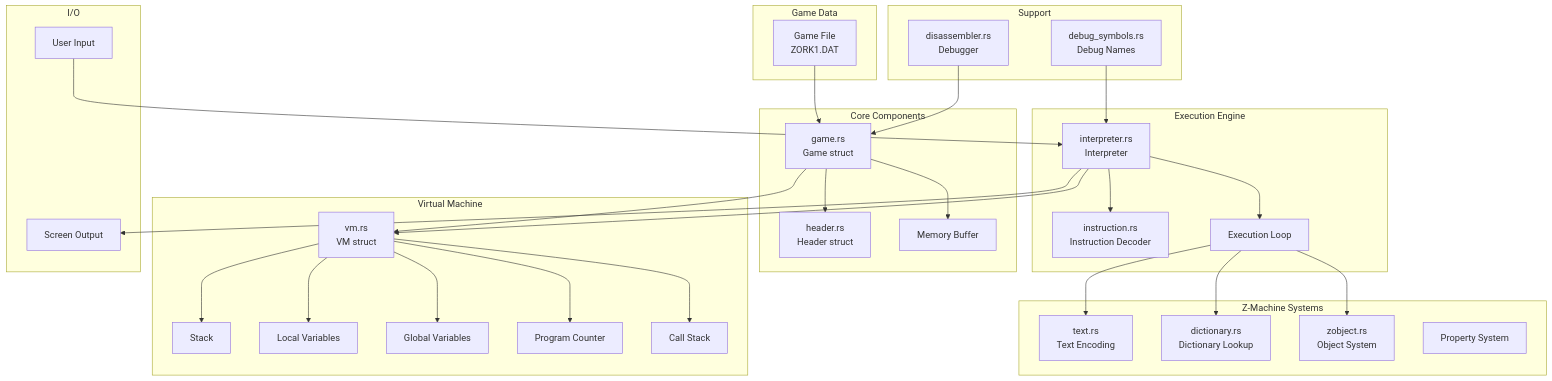
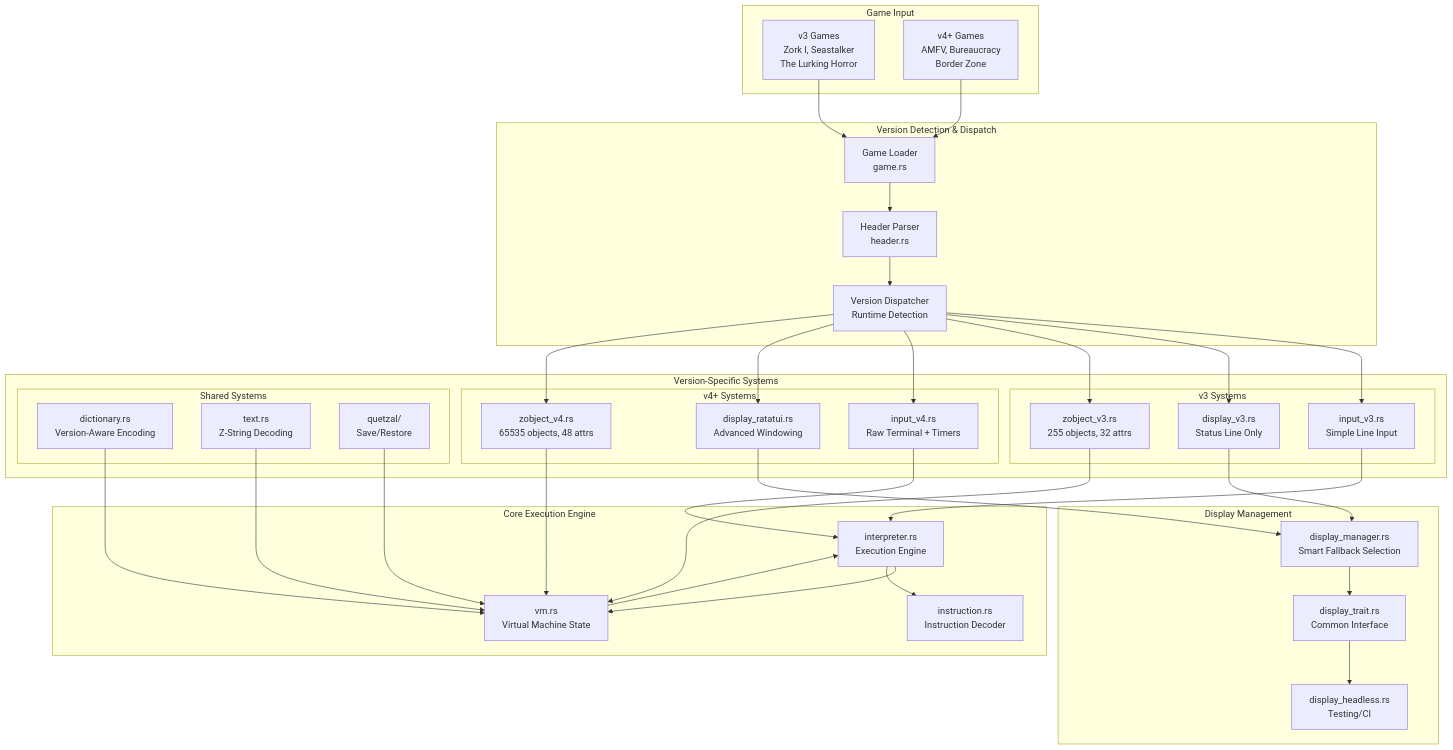
The first of 6 diagrams in docs/ARCHITECTURE.md (skeptomai/gruesome), drawn with Mermaid before and after one commit. The commit also changed other lines of this file, not shown here.

First line of the commit message:
docs: Complete architecture documentation with entity relationships

````diff
--- a/docs/ARCHITECTURE.md
+++ b/docs/ARCHITECTURE.md
@@ -9,69 +9,76 @@
 ```mermaid
 graph TB
-    subgraph "Game Data"
-        DATFILE[Game File<br/>ZORK1.DAT]
+    subgraph "Game Input"
+        V3GAMES[v3 Games<br/>Zork I, Seastalker<br/>The Lurking Horror]
+        V4GAMES[v4+ Games<br/>AMFV, Bureaucracy<br/>Border Zone]
     end
     
-    subgraph "Core Components"
-        GAME[game.rs<br/>Game struct]
-        HEADER[header.rs<br/>Header struct]
-        MEMORY[Memory Buffer]
+    subgraph "Version Detection & Dispatch"
+        LOADER[Game Loader<br/>game.rs]
+        HEADER[Header Parser<br/>header.rs]
+        DISPATCH[Version Dispatcher<br/>Runtime Detection]
     end
     
-    subgraph "Virtual Machine"
-        VM[vm.rs<br/>VM struct]
-        STACK[Stack]
-        LOCALS[Local Variables]
-        GLOBALS[Global Variables]
-        PC[Program Counter]
-        CALLSTACK[Call Stack]
+    subgraph "Version-Specific Systems"
+        subgraph "v3 Systems"
+            V3INPUT[input_v3.rs<br/>Simple Line Input]
+            V3DISPLAY[display_v3.rs<br/>Status Line Only]
+            V3OBJECTS[zobject_v3.rs<br/>255 objects, 32 attrs]
+        end
+        
+        subgraph "v4+ Systems"
+            V4INPUT[input_v4.rs<br/>Raw Terminal + Timers]
+            V4DISPLAY[display_ratatui.rs<br/>Advanced Windowing]
+            V4OBJECTS[zobject_v4.rs<br/>65535 objects, 48 attrs]
+        end
+        
+        subgraph "Shared Systems"
+            DICT[dictionary.rs<br/>Version-Aware Encoding]
+            TEXT[text.rs<br/>Z-String Decoding]
+            SAVE[quetzal/<br/>Save/Restore]
+        end
     end
     
-    subgraph "Execution Engine"
-        INTERP[interpreter.rs<br/>Interpreter]
+    subgraph "Core Execution Engine"
+        VM[vm.rs<br/>Virtual Machine State]
+        INTERP[interpreter.rs<br/>Execution Engine]
         INST[instruction.rs<br/>Instruction Decoder]
-        EXEC[Execution Loop]
     end
     
-    subgraph "Z-Machine Systems"
-        TEXT[text.rs<br/>Text Encoding]
-        DICT[dictionary.rs<br/>Dictionary Lookup]
-        OBJ[zobject.rs<br/>Object System]
-        PROP[Property System]
+    subgraph "Display Management"
+        DISPLAYMGR[display_manager.rs<br/>Smart Fallback Selection]
+        TRAIT[display_trait.rs<br/>Common Interface]
+        HEADLESS[display_headless.rs<br/>Testing/CI]
     end
     
-    subgraph "Support"
-        DISASM[disassembler.rs<br/>Debugger]
-        DEBUG[debug_symbols.rs<br/>Debug Names]
-    end
+    V3GAMES --> LOADER
+    V4GAMES --> LOADER
+    LOADER --> HEADER
+    HEADER --> DISPATCH
     
-    subgraph "I/O"
-        INPUT[User Input]
-        OUTPUT[Screen Output]
-    end
+    DISPATCH --> V3INPUT
+    DISPATCH --> V3DISPLAY
+    DISPATCH --> V3OBJECTS
     
-    DATFILE --> GAME
-    GAME --> HEADER
-    GAME --> MEMORY
-    GAME --> VM
+    DISPATCH --> V4INPUT
+    DISPATCH --> V4DISPLAY  
+    DISPATCH --> V4OBJECTS
     
-    VM --> STACK
-    VM --> LOCALS
-    VM --> GLOBALS
-    VM --> PC
-    VM --> CALLSTACK
+    V3INPUT --> INTERP
+    V4INPUT --> INTERP
+    V3DISPLAY --> DISPLAYMGR
+    V4DISPLAY --> DISPLAYMGR
+    V3OBJECTS --> VM
+    V4OBJECTS --> VM
+    
+    DICT --> VM
+    TEXT --> VM
+    SAVE --> VM
     
     INTERP --> VM
     INTERP --> INST
-    INTERP --> EXEC
+    VM --> INTERP
     
-    EXEC --> TEXT
-    EXEC --> DICT
-    EXEC --> OBJ
-    
-    INPUT --> INTERP
-    INTERP --> OUTPUT
-    
-    DISASM --> GAME
-    DEBUG --> INTERP
+    DISPLAYMGR --> TRAIT
+    TRAIT --> HEADLESS
 ```
````
